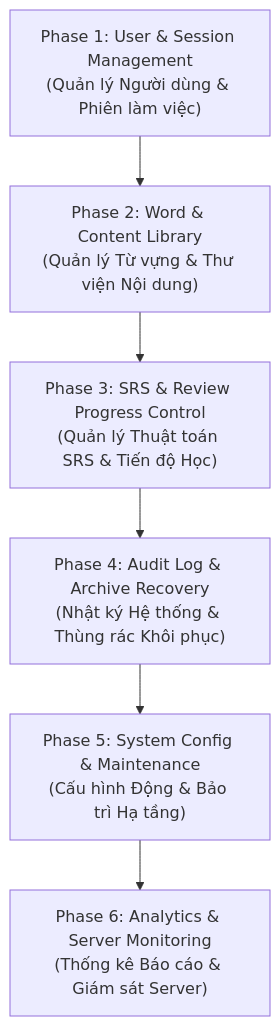
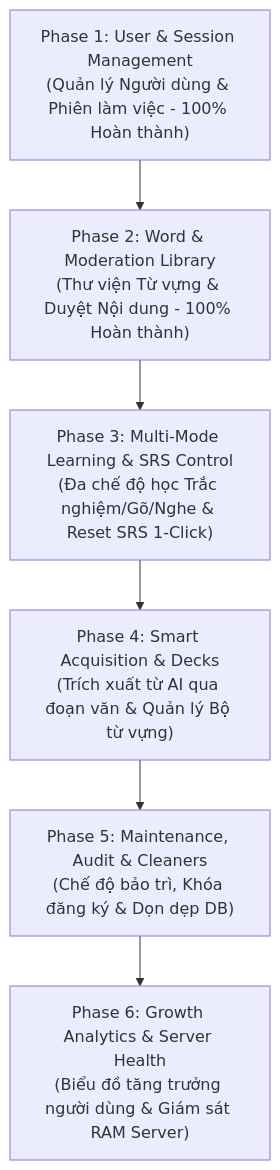
One commit to MinhTuongLe/LexiNote changed the diagram in master_feature_roadmap.md. Above: the diagram before and after it, drawn with Mermaid. The commit also changed other lines of this file and 16 other files, not shown here.

Commit message:
feat: implement admin management services, dashboard API endpoints, word library, and study mode views

````diff
--- a/master_feature_roadmap.md
+++ b/master_feature_roadmap.md
@@ -21,11 +24,11 @@
 ```mermaid
 flowchart TD
-    P1["Phase 1: User & Session Management\n(Quản lý Người dùng & Phiên làm việc)"]
-    P2["Phase 2: Word & Content Library\n(Quản lý Từ vựng & Thư viện Nội dung)"]
-    P3["Phase 3: SRS & Review Progress Control\n(Quản lý Thuật toán SRS & Tiến độ Học)"]
-    P4["Phase 4: Audit Log & Archive Recovery\n(Nhật ký Hệ thống & Thùng rác Khôi phục)"]
-    P5["Phase 5: System Config & Maintenance\n(Cấu hình Động & Bảo trì Hạ tầng)"]
-    P6["Phase 6: Analytics & Server Monitoring\n(Thống kê Báo cáo & Giám sát Server)"]
+    P1["Phase 1: User & Session Management\n(Quản lý Người dùng & Phiên làm việc - 100% Hoàn thành)"]
+    P2["Phase 2: Word & Moderation Library\n(Thư viện Từ vựng & Duyệt Nội dung - 100% Hoàn thành)"]
+    P3["Phase 3: Multi-Mode Learning & SRS Control\n(Đa chế độ học Trắc nghiệm/Gõ/Nghe & Reset SRS 1-Click)"]
+    P4["Phase 4: Smart Acquisition & Decks\n(Trích xuất từ AI qua đoạn văn & Quản lý Bộ từ vựng)"]
+    P5["Phase 5: Maintenance, Audit & Cleaners\n(Chế độ bảo trì, Khóa đăng ký & Dọn dẹp DB)"]
+    P6["Phase 6: Growth Analytics & Server Health\n(Biểu đồ tăng trưởng người dùng & Giám sát RAM Server)"]
 
     P1 --> P2 --> P3 --> P4 --> P5 --> P6
 ```
````
